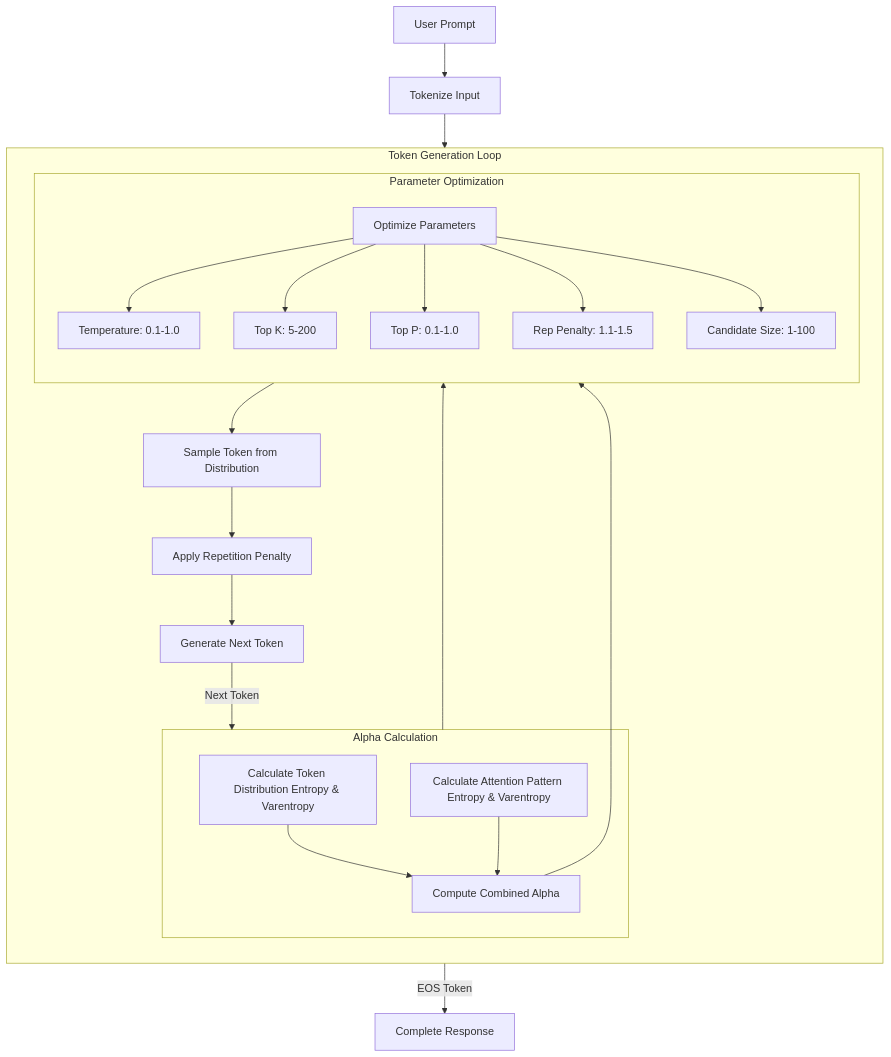
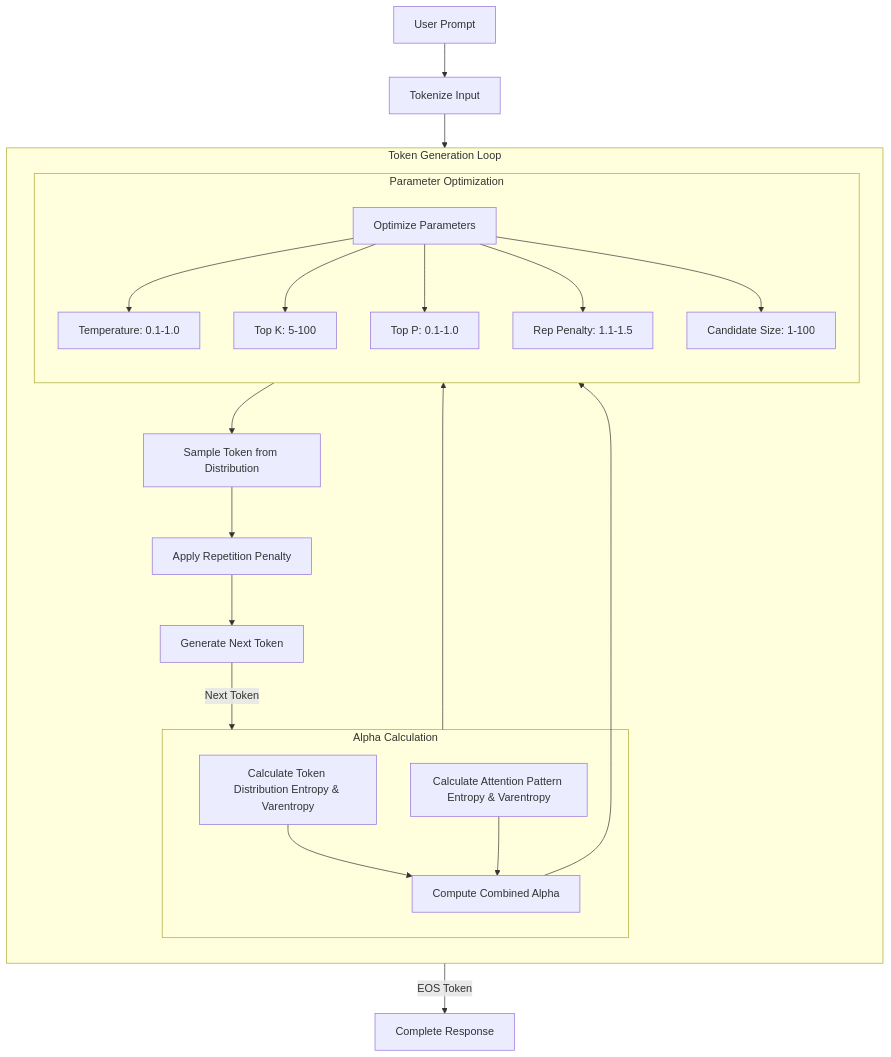
The diagram in readme.md (EdwardDali/alpha), drawn with Mermaid before and after one commit. The commit also changed other lines of this file, not shown here.

````diff
--- a/readme.md
+++ b/readme.md
@@ -99,32 +99,32 @@
 ```mermaid
 flowchart TD
     Start[User Prompt] --> Tokenize[Tokenize Input]
     Tokenize --> Loop[Token Generation Loop]
     
     subgraph Loop[Token Generation Loop]
         direction TB
         subgraph EntropyCalc[Alpha Calculation]
             E1[Calculate Token Distribution Entropy & Varentropy]
             E2[Calculate Attention Pattern Entropy & Varentropy]
             E1 & E2 --> Alpha[Compute Combined Alpha]
         end
 
         subgraph Optimization[Parameter Optimization]
             direction TB
             Alpha --> Params[Optimize Parameters]
             Params --> P1[Temperature: 0.1-1.0]
-            Params --> P2[Top K: 5-200]
+            Params --> P2[Top K: 5-100]
             Params --> P3[Top P: 0.1-1.0]
             Params --> P4[Rep Penalty: 1.1-1.5]
             Params --> P5[Candidate Size: 1-100]
         end
 
         EntropyCalc --> Optimization
         Optimization --> Sample[Sample Token from Distribution]
         Sample --> RepPenalty[Apply Repetition Penalty]
         RepPenalty --> Generate[Generate Next Token]
         Generate --> |Next Token| EntropyCalc
     end
 
     Generate --> |EOS Token| End[Complete Response]
 ```
````
